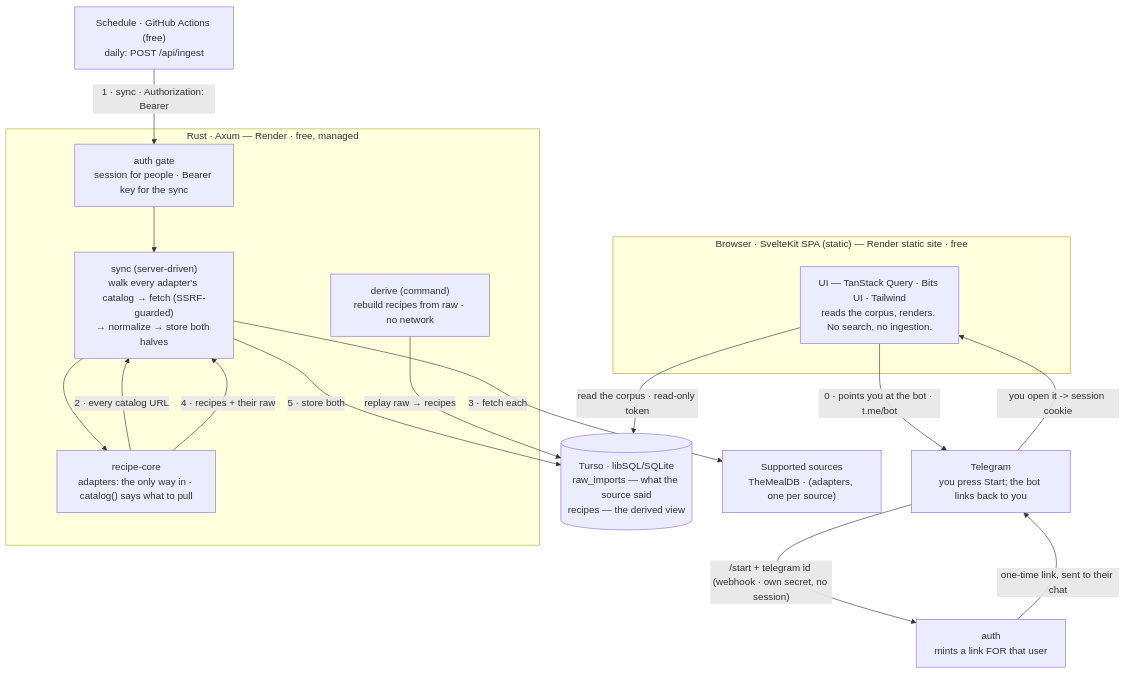
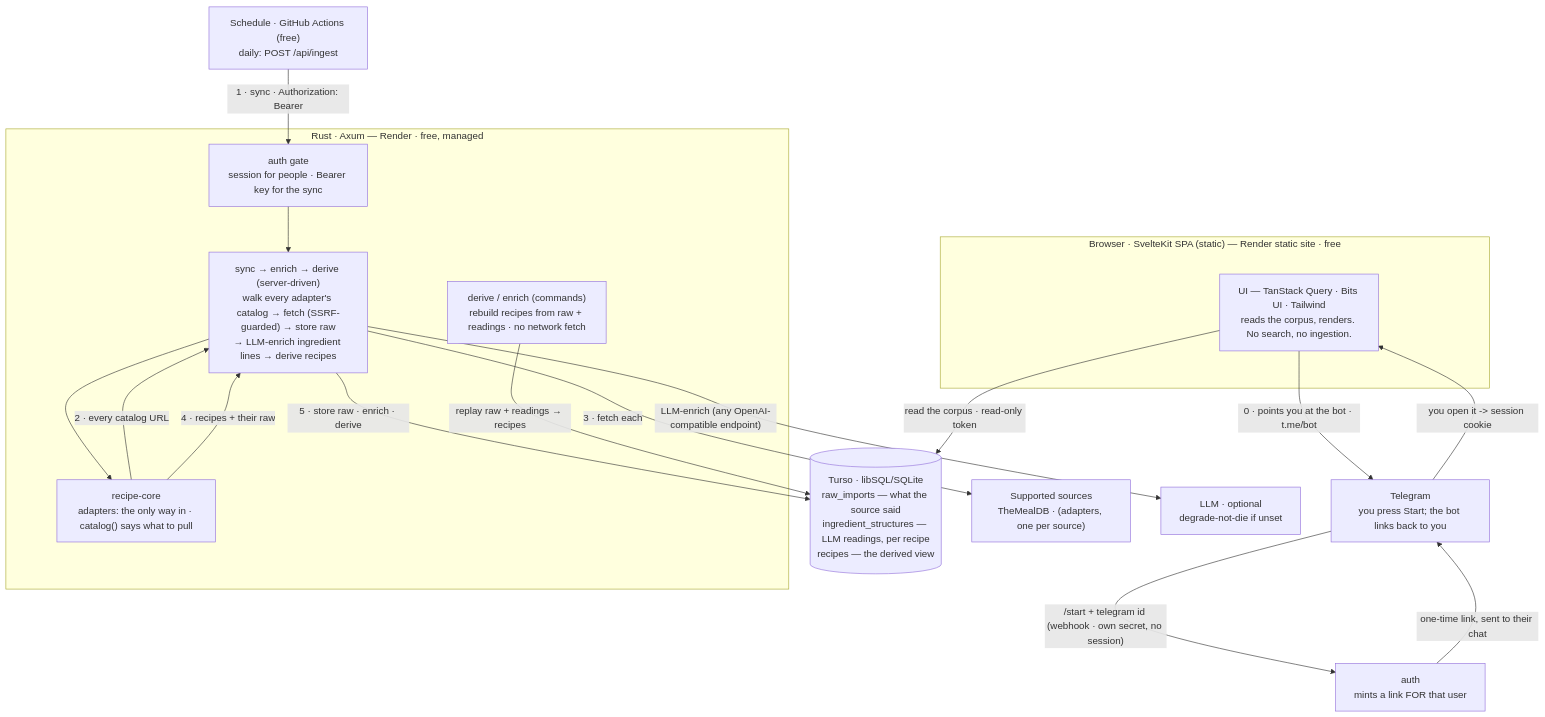
Before and after one commit to thedavidmeister/recipes: the diagram in README.md, drawn with Mermaid. The commit also changed other lines of this file and 6 other files, not shown here.

First line of the commit message:
Make ingredient enrichment per-recipe, not per-line (#11)

````diff
--- a/README.md
+++ b/README.md
@@ -10,34 +10,35 @@
 ```mermaid
 flowchart TD
     subgraph browser["Browser · SvelteKit SPA (static) — Render static site · free"]
         ui["UI — TanStack Query · Bits UI · Tailwind<br/>reads the corpus, renders. No search, no ingestion."]
     end
 
     cron["Schedule · GitHub Actions (free)<br/>daily: POST /api/ingest"]
 
     subgraph render["Rust · Axum — Render · free, managed"]
         gate["auth gate<br/>session for people · Bearer key for the sync"]
-        ingest["sync (server-driven)<br/>walk every adapter's catalog → fetch (SSRF-guarded)<br/>→ normalize → store both halves"]
+        ingest["sync → enrich → derive (server-driven)<br/>walk every adapter's catalog → fetch (SSRF-guarded) → store raw<br/>→ LLM-enrich ingredient lines → derive recipes"]
         core["recipe-core<br/>adapters: the only way in · catalog() says what to pull"]
-        derivecmd["derive (command)<br/>rebuild recipes from raw · no network"]
+        derivecmd["derive / enrich (commands)<br/>rebuild recipes from raw + readings · no network fetch"]
     end
 
     tg["Telegram<br/>you press Start; the bot links back to you"]
 
-    turso[("Turso · libSQL/SQLite<br/>raw_imports — what the source said<br/>recipes — the derived view")]
+    turso[("Turso · libSQL/SQLite<br/>raw_imports — what the source said<br/>ingredient_structures — LLM readings, per recipe<br/>recipes — the derived view")]
     ext["Supported sources<br/>TheMealDB · (adapters, one per source)"]
 
     ui -->|"read the corpus · read-only token"| turso
     ui -->|"0 · points you at the bot · t.me/bot"| tg
     tg -->|"/start + telegram id (webhook · own secret, no session)"| wh["auth<br/>mints a link FOR that user"]
     wh -->|"one-time link, sent to their chat"| tg
     tg -->|"you open it -> session cookie"| ui
     cron -->|"1 · sync · Authorization: Bearer"| gate
     gate --> ingest
     core -->|"2 · every catalog URL"| ingest
     ingest -->|"3 · fetch each"| ext
     ingest --> core
     core -->|"4 · recipes + their raw"| ingest
-    ingest -->|"5 · store both"| turso
-    derivecmd -->|"replay raw → recipes"| turso
+    ingest -->|"5 · store raw · enrich · derive"| turso
+    ingest -->|"LLM-enrich (any OpenAI-compatible endpoint)"| llm["LLM · optional<br/>degrade-not-die if unset"]
+    derivecmd -->|"replay raw + readings → recipes"| turso
 ```
````
